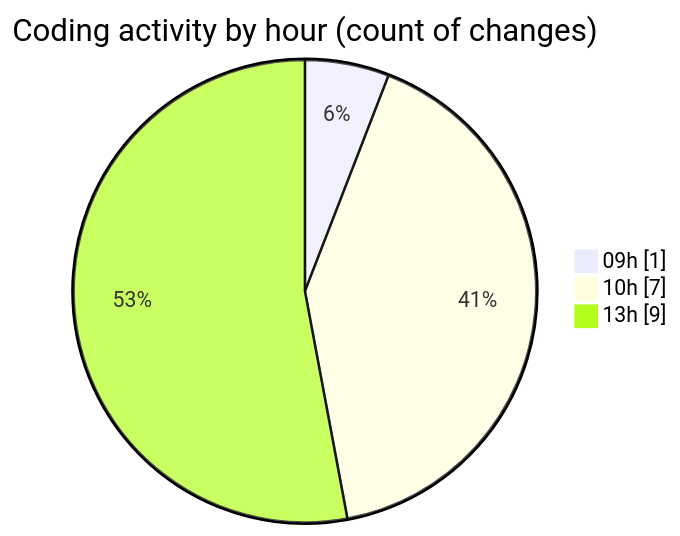
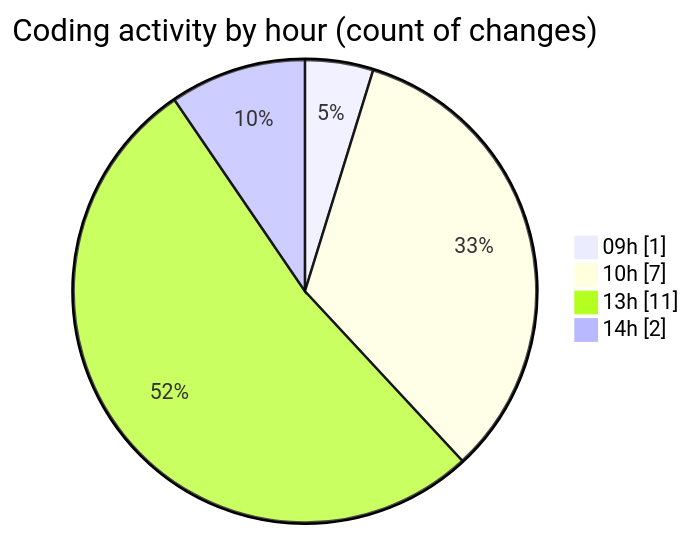
The second of 2 diagrams in 2025-10-20/cda/README.md (momahboobian/code-tracking), drawn with Mermaid before and after one commit. The commit also changed other lines of this file and 1 other file, not shown here.

````diff
--- a/2025-10-20/cda/README.md
+++ b/2025-10-20/cda/README.md
@@ -38,7 +38,8 @@
 ```mermaid
 pie showData
 title Coding activity by hour (count of changes)
 "09h" : 1
 "10h" : 7
-"13h" : 9
+"13h" : 11
+"14h" : 2
 ```
````
